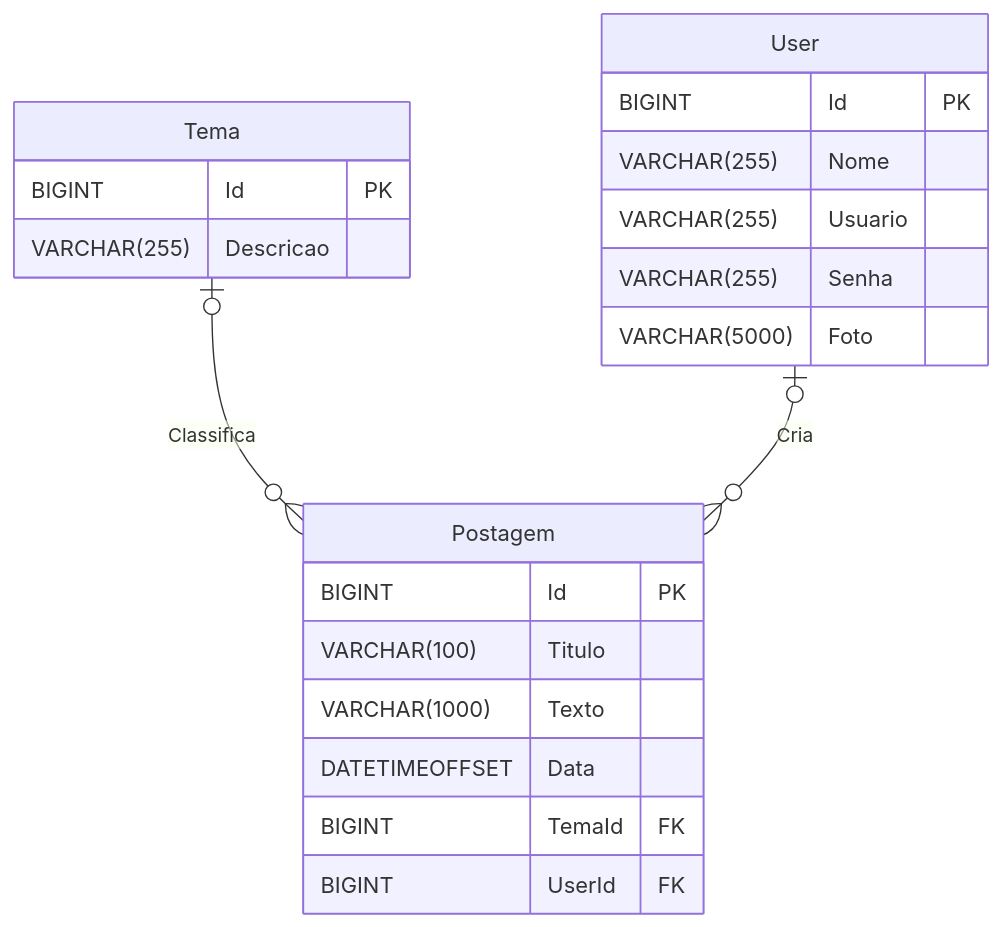
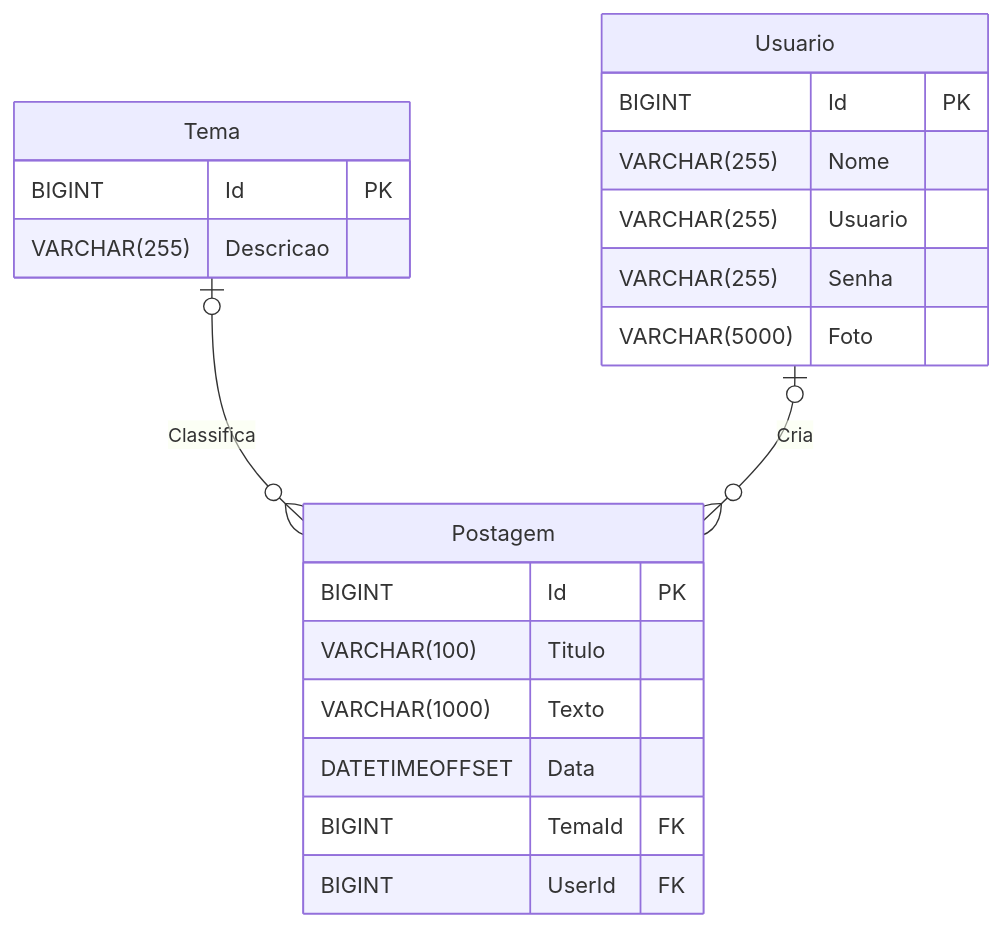
Before and after one commit to conteudoGeneration/cookbook_csharp: the second of 2 diagrams in 04_aspnet/04.md, drawn with Mermaid. The commit also changed other lines of this file and 12 other files, not shown here.

````diff
--- a/04_aspnet/04.md
+++ b/04_aspnet/04.md
@@ -88,24 +88,24 @@
 ```mermaid
 erDiagram
     Tema |o--o{ Postagem : Classifica
     Tema {
         BIGINT Id PK
         VARCHAR(255) Descricao
     }
-    User |o--o{ Postagem : Cria
-    User {
+    Usuario |o--o{ Postagem : Cria
+    Usuario {
         BIGINT Id PK
         VARCHAR(255) Nome
         VARCHAR(255) Usuario
        	VARCHAR(255) Senha
         VARCHAR(5000) Foto
     }
     Postagem {
        	BIGINT Id PK
         VARCHAR(100) Titulo
         VARCHAR(1000) Texto
        	DATETIMEOFFSET Data
         BIGINT TemaId FK
         BIGINT UserId FK
     }
 ```
````
